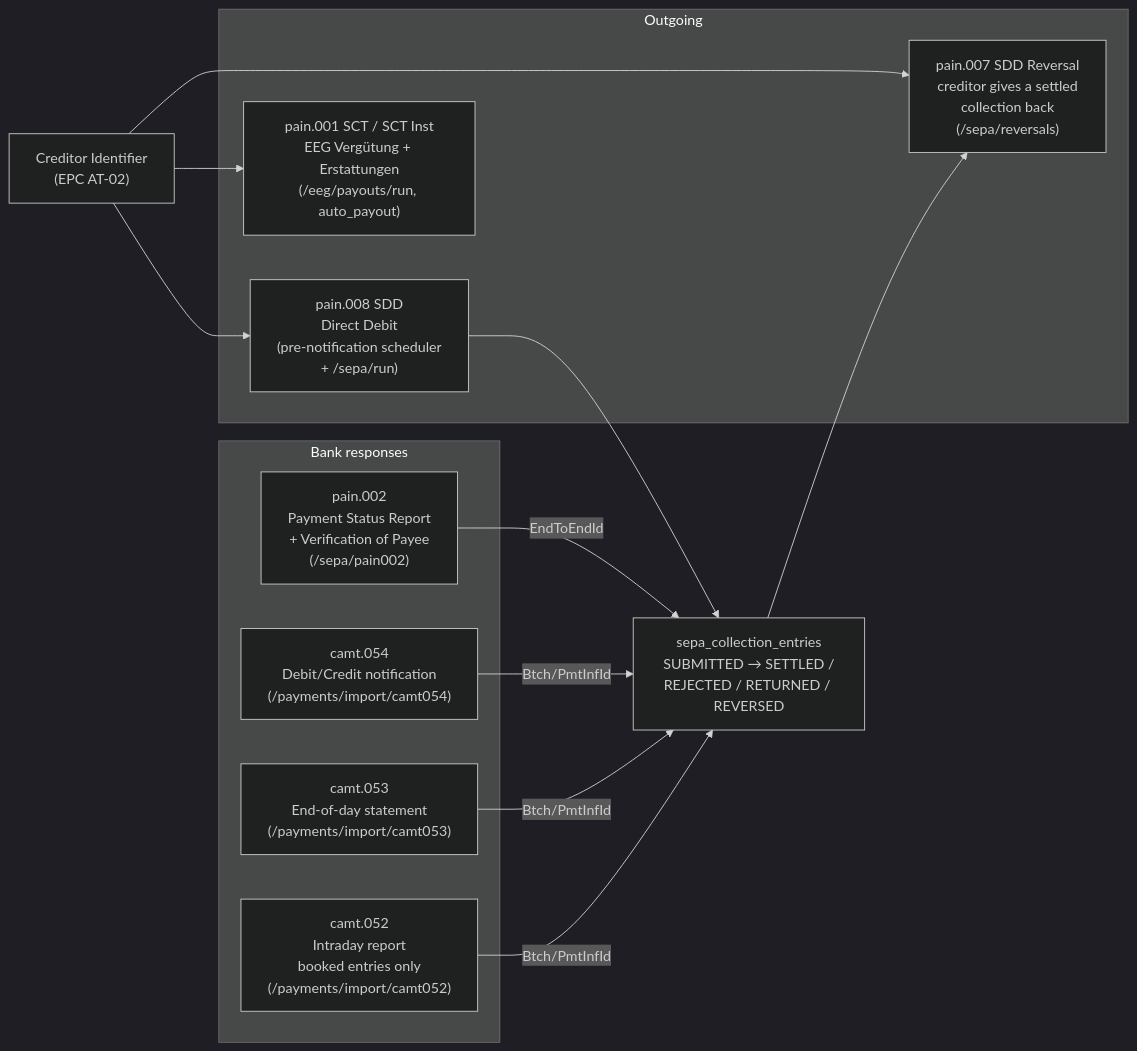
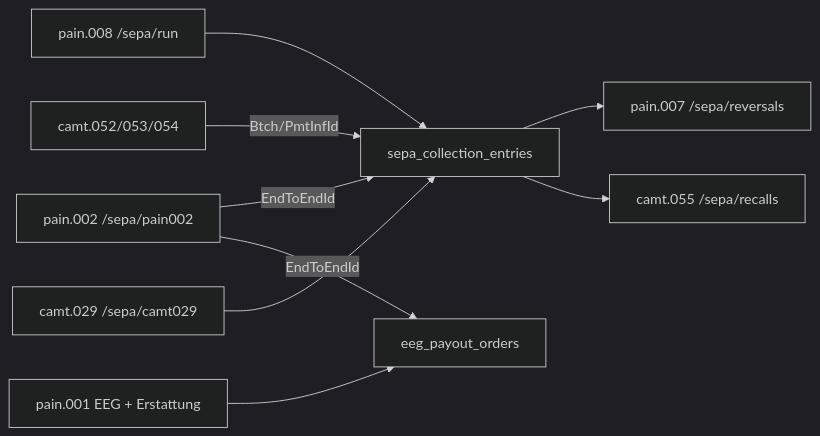
The third of 3 diagrams in site/content/docs/services/accountingd.md (hupe1980/mako), drawn with Mermaid (dark theme) before and after one commit. The commit also changed other lines of this file and 1091 other files, not shown here.

````diff
--- a/site/content/docs/services/accountingd.md
+++ b/site/content/docs/services/accountingd.md
@@ -1172,25 +608,11 @@
 ```mermaid
 graph LR
-    subgraph out ["Outgoing"]
-        pain008["pain.008 SDD<br/>Direct Debit<br/>(pre-notification scheduler<br/>+ /sepa/run)"]
-        pain001["pain.001 SCT / SCT Inst<br/>EEG Vergütung + Erstattungen<br/>(/eeg/payouts/run, auto_payout)"]
-        pain007["pain.007 SDD Reversal<br/>creditor gives a settled<br/>collection back<br/>(/sepa/reversals)"]
-    end
-    subgraph in ["Bank responses"]
-        pain002["pain.002<br/>Payment Status Report<br/>+ Verification of Payee<br/>(/sepa/pain002)"]
-        camt053["camt.053<br/>End-of-day statement<br/>(/payments/import/camt053)"]
-        camt054["camt.054<br/>Debit/Credit notification<br/>(/payments/import/camt054)"]
-        camt052["camt.052<br/>Intraday report<br/>booked entries only<br/>(/payments/import/camt052)"]
-    end
-    entries["sepa_collection_entries<br/>SUBMITTED → SETTLED /<br/>REJECTED / RETURNED / REVERSED"]
-    creditor["Creditor Identifier<br/>(EPC AT-02)"]
-    creditor --> pain008
-    creditor --> pain001
-    creditor --> pain007
-    pain008 --> entries
-    pain002 -->|EndToEndId| entries
-    camt054 -->|Btch/PmtInfId| entries
-    camt053 -->|Btch/PmtInfId| entries
-    camt052 -->|Btch/PmtInfId| entries
-    entries --> pain007
+    pain008["pain.008 /sepa/run"] --> entries["sepa_collection_entries"]
+    pain002["pain.002 /sepa/pain002"] -->|EndToEndId| entries
+    camt["camt.052/053/054"] -->|Btch/PmtInfId| entries
+    entries --> pain007["pain.007 /sepa/reversals"]
+    entries --> camt055["camt.055 /sepa/recalls"]
+    camt029["camt.029 /sepa/camt029"] --> entries
+    pain001["pain.001 EEG + Erstattung"] --> payouts["eeg_payout_orders"]
+    pain002 -->|EndToEndId| payouts
 ```
````
